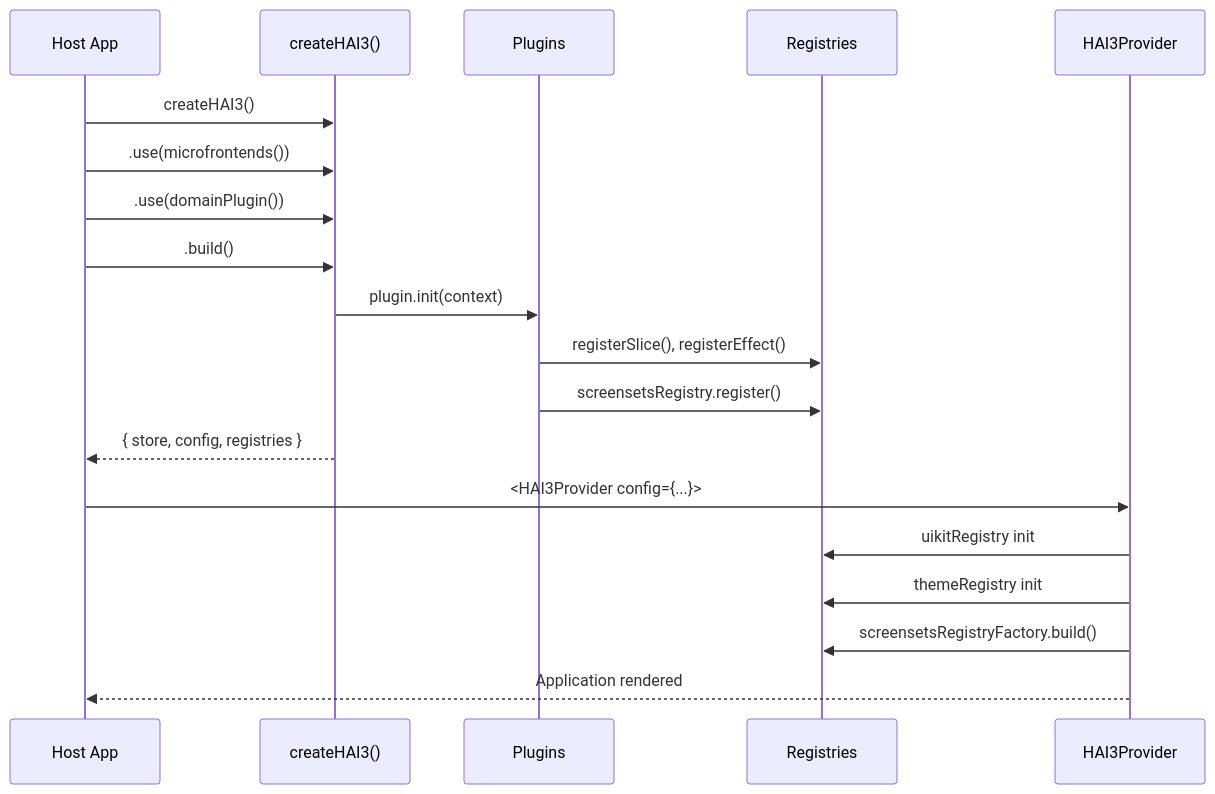
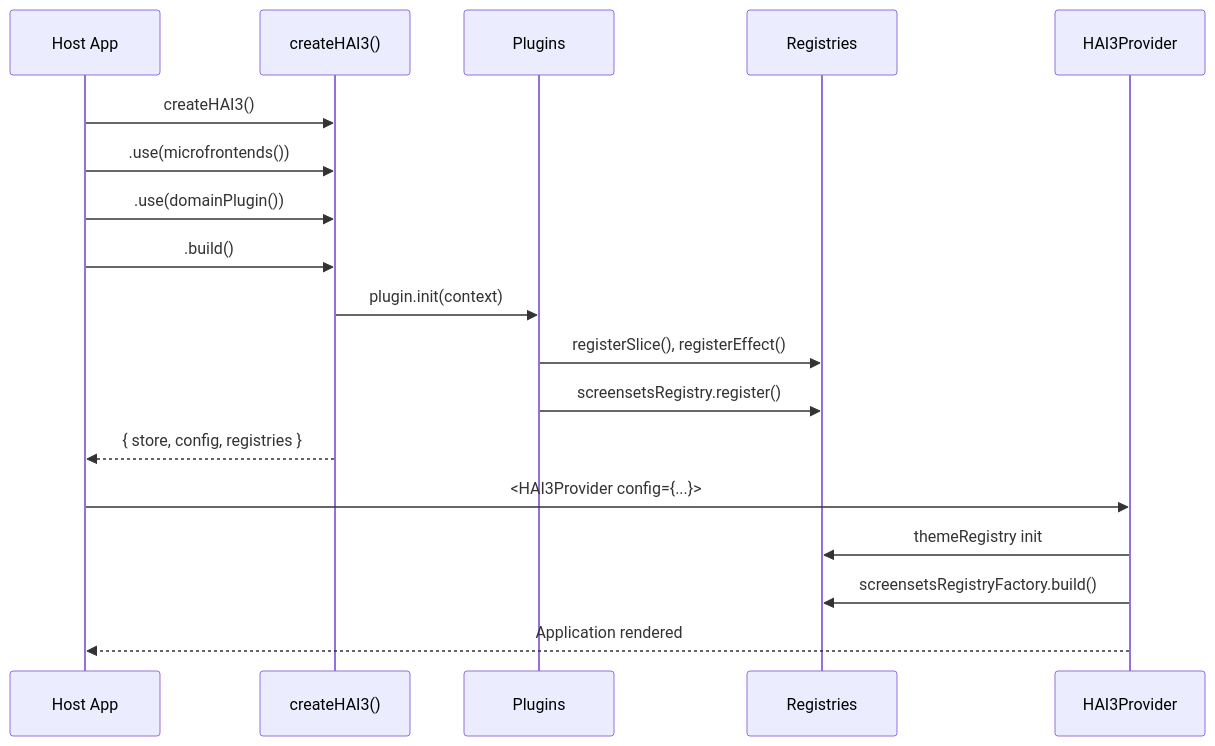
One commit to davydowiktor/HAI3 changed the first of 4 diagrams in architecture/DESIGN.md. Above: the diagram before and after it, drawn with Mermaid. The commit also changed other lines of this file and 391 other files, not shown here.

````diff
--- a/architecture/DESIGN.md
+++ b/architecture/DESIGN.md
@@ -853,22 +817,21 @@
 ```mermaid
 sequenceDiagram
     participant App as Host App
     participant Builder as createHAI3()
     participant Plugin as Plugins
     participant Registry as Registries
     participant Provider as HAI3Provider
 
     App->>Builder: createHAI3()
     App->>Builder: .use(microfrontends())
     App->>Builder: .use(domainPlugin())
     App->>Builder: .build()
     Builder->>Plugin: plugin.init(context)
     Plugin->>Registry: registerSlice(), registerEffect()
     Plugin->>Registry: screensetsRegistry.register()
     Builder-->>App: { store, config, registries }
     App->>Provider: <HAI3Provider config={...}>
-    Provider->>Registry: uikitRegistry init
     Provider->>Registry: themeRegistry init
     Provider->>Registry: screensetsRegistryFactory.build()
     Provider-->>App: Application rendered
 ```
````
